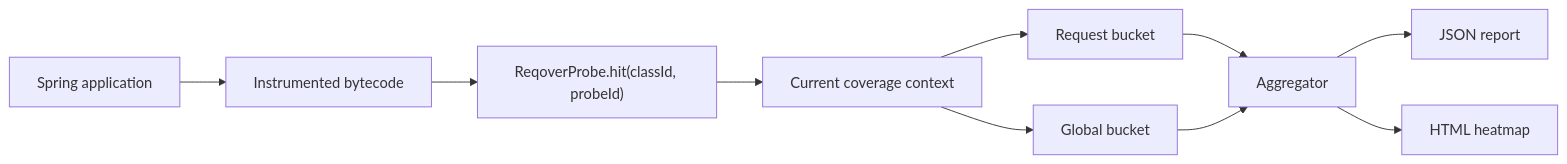
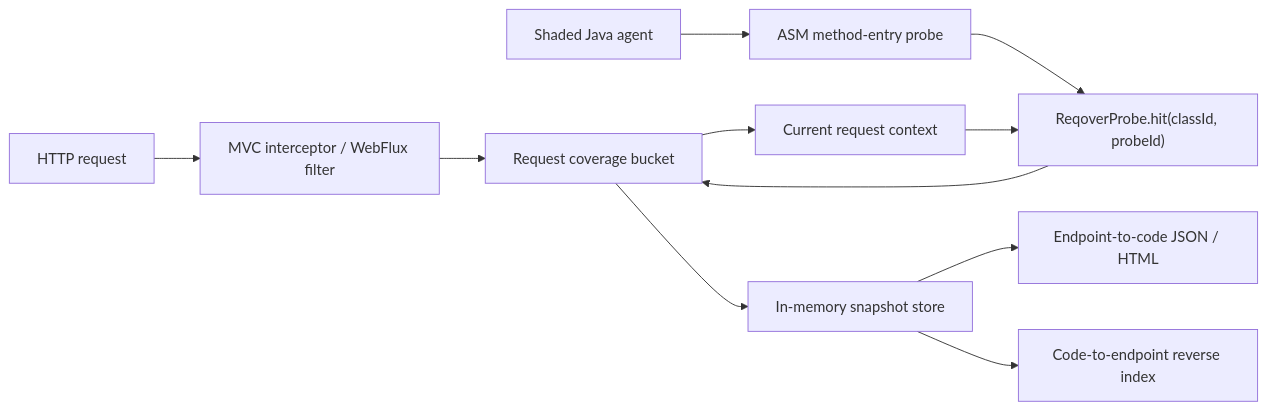
One commit to reqover-labs/reqover changed the first of 3 diagrams in docs/02_architecture.md. Above: the diagram before and after it, drawn with Mermaid. The commit also changed other lines of this file and 59 other files, not shown here.

````diff
--- a/docs/02_architecture.md
+++ b/docs/02_architecture.md
@@ -11,12 +8,13 @@
 ```mermaid
 flowchart LR
-  A["Spring application"] --> B["Instrumented bytecode"]
-  B --> C["ReqoverProbe.hit(classId, probeId)"]
-  C --> D["Current coverage context"]
-  D --> E["Request bucket"]
-  D --> F["Global bucket"]
-  E --> G["Aggregator"]
-  F --> G
-  G --> H["JSON report"]
-  G --> I["HTML heatmap"]
+  A["HTTP request"] --> B["MVC interceptor / WebFlux filter"]
+  B --> C["Request coverage bucket"]
+  D["Shaded Java agent"] --> E["ASM method-entry probe"]
+  E --> F["ReqoverProbe.hit(classId, probeId)"]
+  C --> G["Current request context"]
+  G --> F
+  F --> C
+  C --> H["In-memory snapshot store"]
+  H --> I["Endpoint-to-code JSON / HTML"]
+  H --> J["Code-to-endpoint reverse index"]
 ```
````
